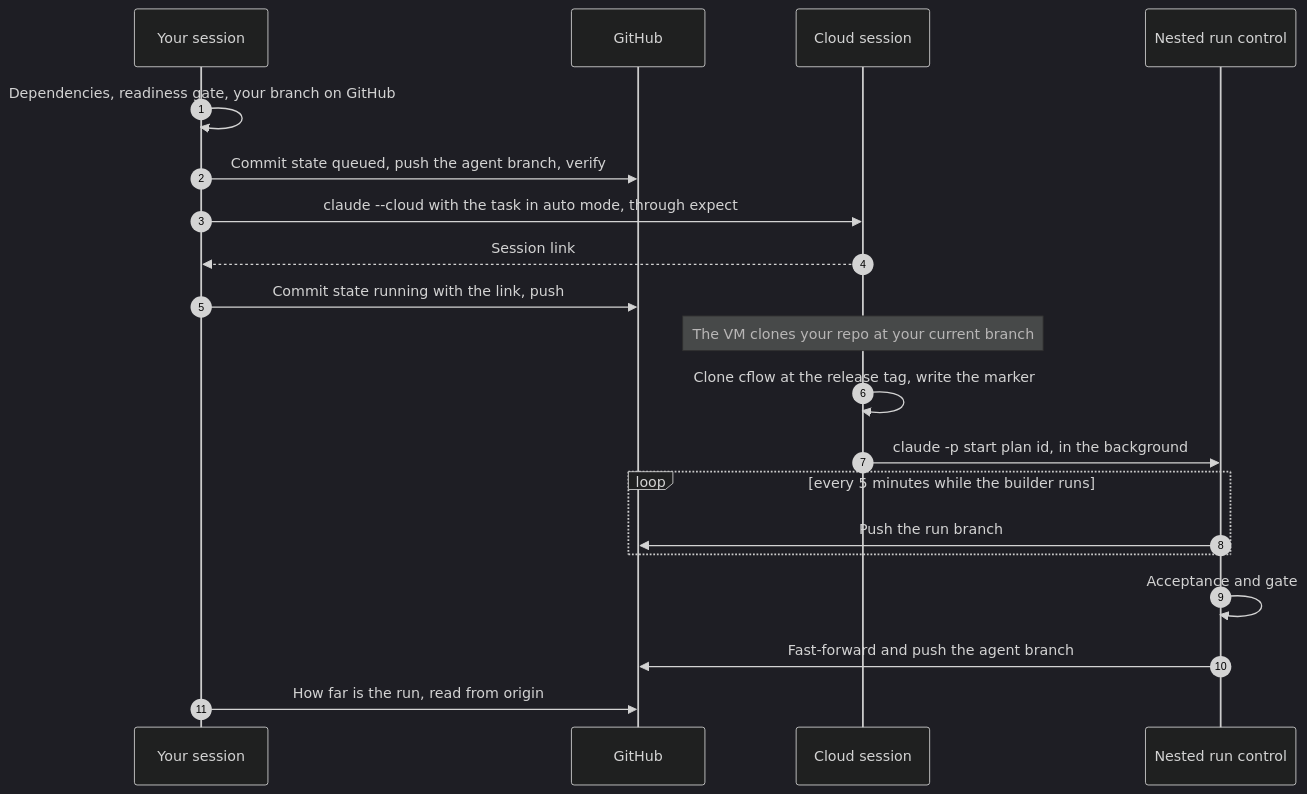
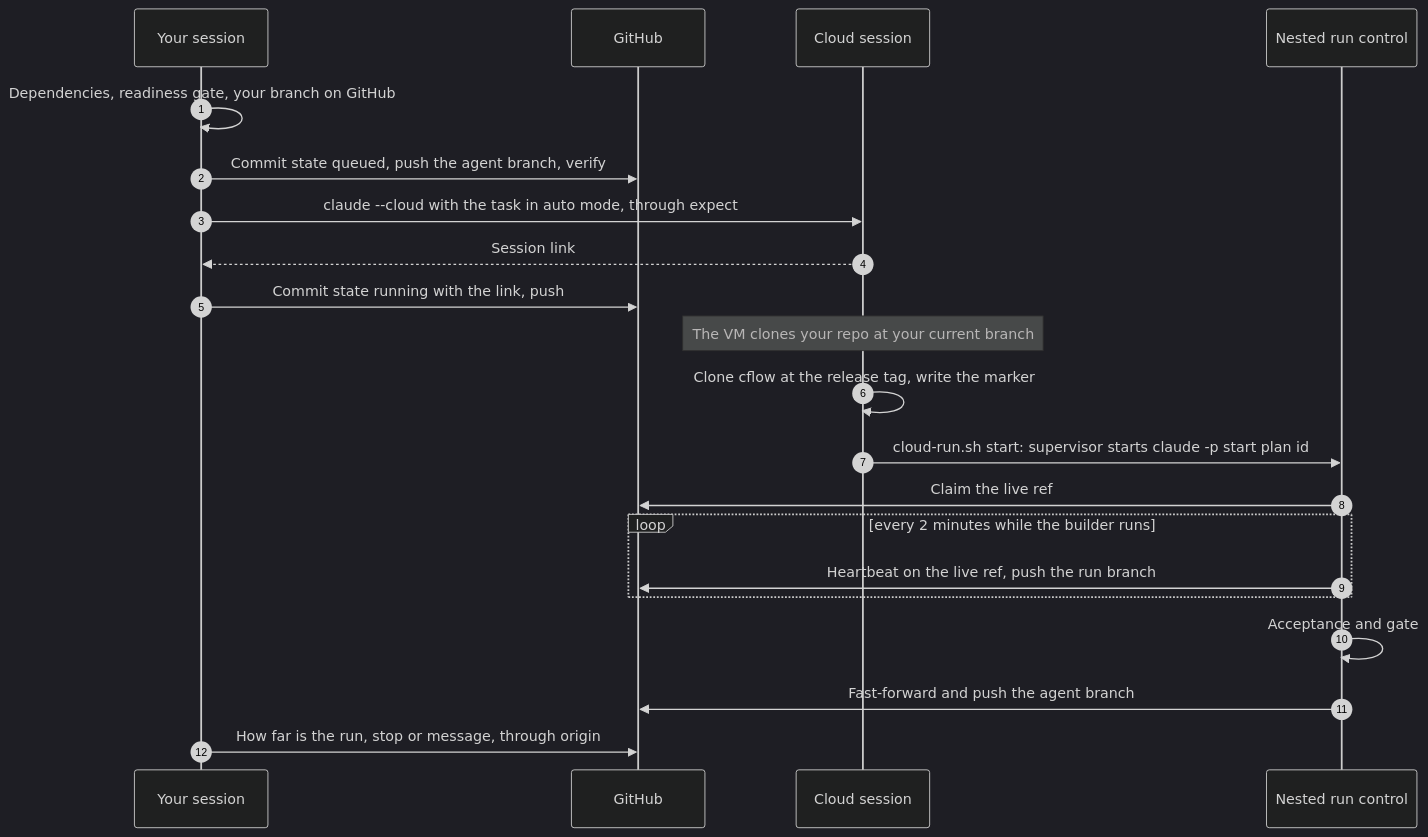
One commit to ahlerjam/cflow changed the seventh of 7 diagrams in plugins/slice/README.md. Above: the diagram before and after it, drawn with Mermaid (dark theme). The commit also changed other lines of this file and 10 other files, not shown here.

Commit message:
slice 0.13.0: robust cloud runs (live ref, stop, messages, supervisor) (#14)

````diff
--- a/plugins/slice/README.md
+++ b/plugins/slice/README.md
@@ -341,22 +346,23 @@
 ```mermaid
 sequenceDiagram
     autonumber
     participant S as Your session
     participant G as GitHub
     participant C as Cloud session
     participant N as Nested run control
     S->>S: Dependencies, readiness gate, your branch on GitHub
     S->>G: Commit state queued, push the agent branch, verify
     S->>C: claude --cloud with the task in auto mode, through expect
     C-->>S: Session link
     S->>G: Commit state running with the link, push
     Note over C: The VM clones your repo at your current branch
     C->>C: Clone cflow at the release tag, write the marker
-    C->>N: claude -p start plan id, in the background
-    loop every 5 minutes while the builder runs
-        N->>G: Push the run branch
+    C->>N: cloud-run.sh start: supervisor starts claude -p start plan id
+    N->>G: Claim the live ref
+    loop every 2 minutes while the builder runs
+        N->>G: Heartbeat on the live ref, push the run branch
     end
     N->>N: Acceptance and gate
     N->>G: Fast-forward and push the agent branch
-    S->>G: How far is the run, read from origin
+    S->>G: How far is the run, stop or message, through origin
 ```
````
